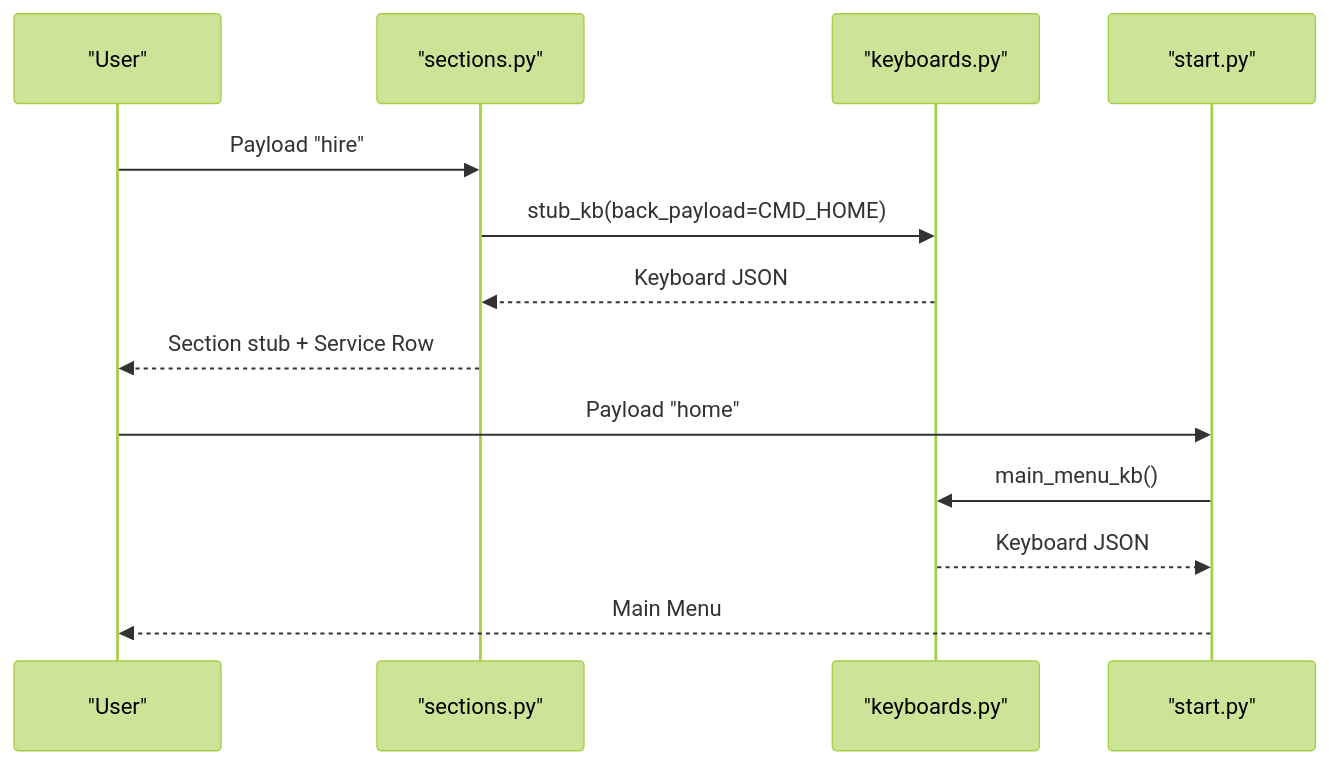
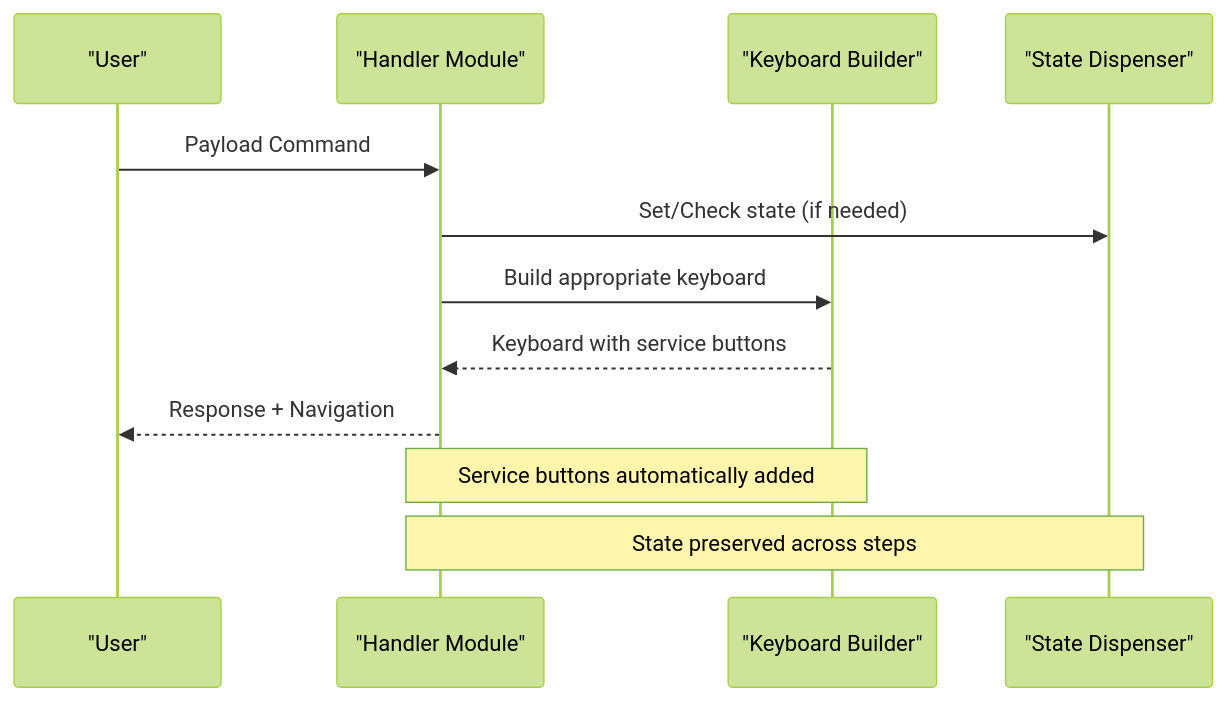
The fifth of 6 diagrams in .qoder/repowiki/en/content/Main Menu and Navigation.md (ognelis/cafetera_hr_bot), drawn with Mermaid (forest theme) before and after one commit. The commit also changed other lines of this file and 14 other files, not shown here.

````diff
--- a/.qoder/repowiki/en/content/Main Menu and Navigation.md
+++ b/.qoder/repowiki/en/content/Main Menu and Navigation.md
@@ -176,15 +228,14 @@
 ```mermaid
 sequenceDiagram
 participant User as "User"
-participant Sections as "sections.py"
-participant KB as "keyboards.py"
-participant Start as "start.py"
-User->>Sections : Payload "hire"
-Sections->>KB : stub_kb(back_payload=CMD_HOME)
-KB-->>Sections : Keyboard JSON
-Sections-->>User : Section stub + Service Row
-User->>Start : Payload "home"
-Start->>KB : main_menu_kb()
-KB-->>Start : Keyboard JSON
-Start-->>User : Main Menu
+participant Handler as "Handler Module"
+participant KB as "Keyboard Builder"
+participant State as "State Dispenser"
+User->>Handler : Payload Command
+Handler->>State : Set/Check state (if needed)
+Handler->>KB : Build appropriate keyboard
+KB-->>Handler : Keyboard with service buttons
+Handler-->>User : Response + Navigation
+Note over Handler,KB : Service buttons automatically added
+Note over State,Handler : State preserved across steps
 ```
````
